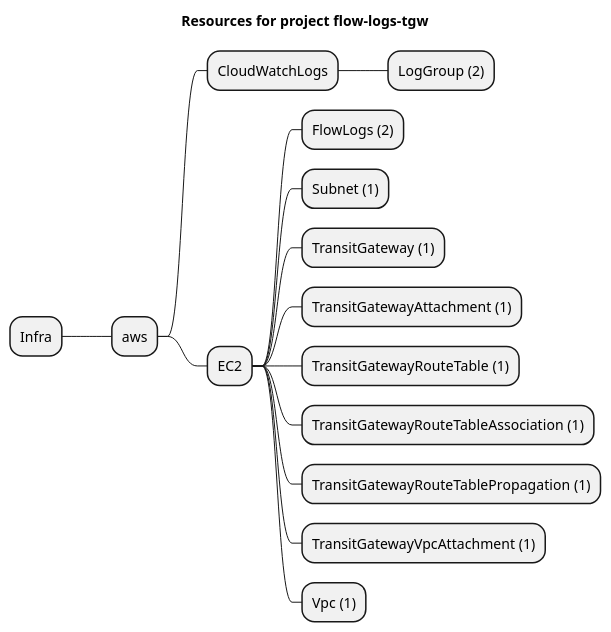
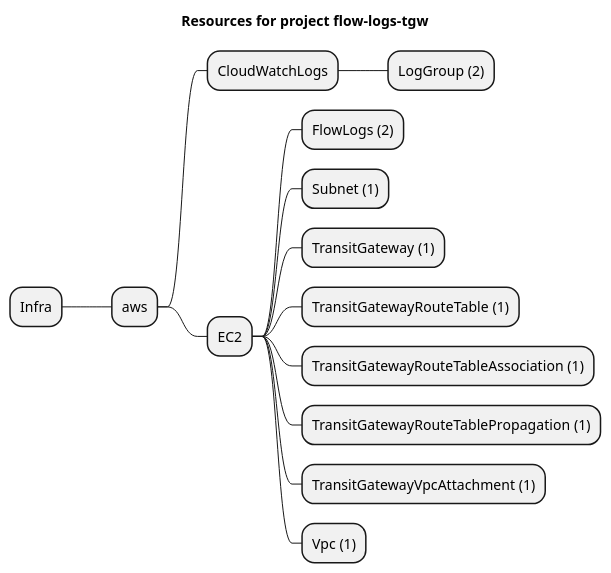
One commit to grucloud/grucloud changed the diagram in examples/aws/EC2/flow-logs/flow-logs-tgw/artifacts/resources-mindmap.puml. Above: the diagram before and after it, drawn with PlantUML. The commit also changed 10 other files, not shown here.

Commit message:
EC2TransitGatewayVpnAttachment

```diff
--- a/examples/aws/EC2/flow-logs/flow-logs-tgw/artifacts/resources-mindmap.puml
+++ b/examples/aws/EC2/flow-logs/flow-logs-tgw/artifacts/resources-mindmap.puml
@@ -1,18 +1,17 @@
 @startmindmap
 title Resources for project flow-logs-tgw
 skinparam monochrome true
 + Infra
 ++ aws
 +++ CloudWatchLogs
 ++++ LogGroup (2)
 +++ EC2
 ++++ FlowLogs (2)
 ++++ Subnet (1)
 ++++ TransitGateway (1)
-++++ TransitGatewayAttachment (1)
 ++++ TransitGatewayRouteTable (1)
 ++++ TransitGatewayRouteTableAssociation (1)
 ++++ TransitGatewayRouteTablePropagation (1)
 ++++ TransitGatewayVpcAttachment (1)
 ++++ Vpc (1)
 @endmindmap
```
